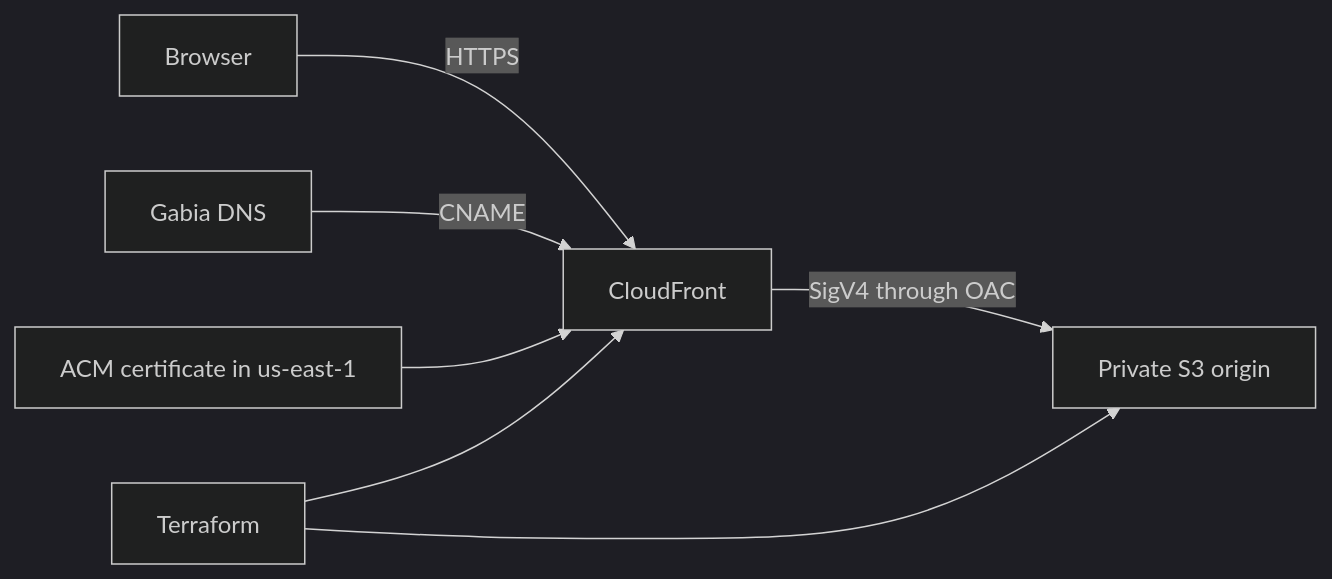
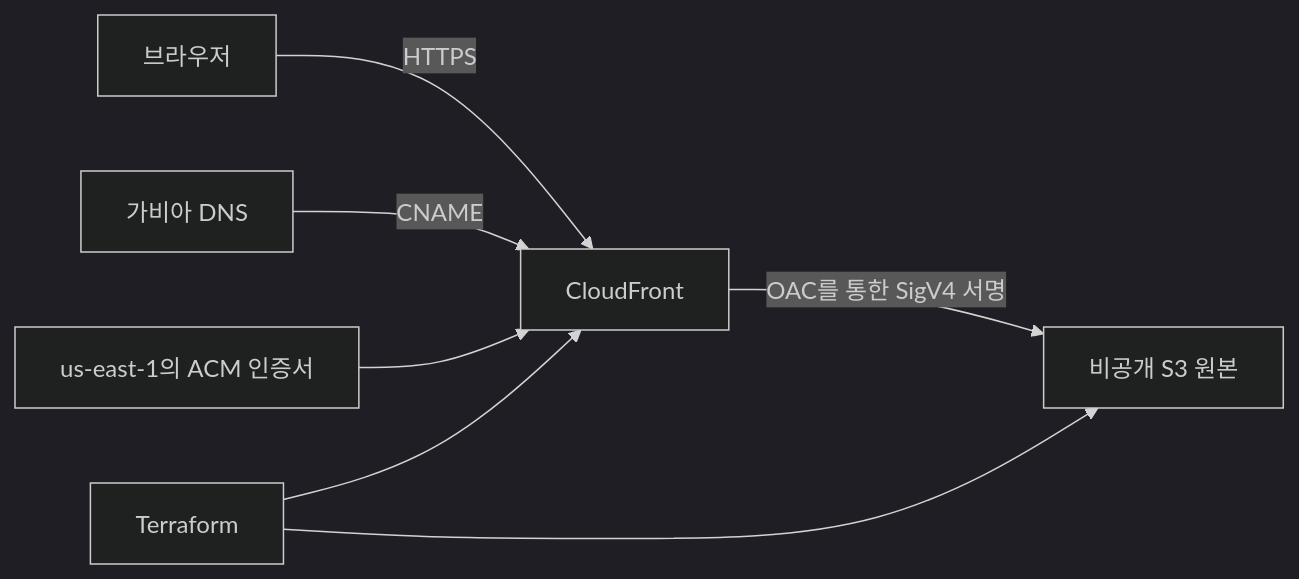
Before and after one commit to grapefruit0205/ai-agent-site-harness: the diagram in docs/architecture/deployment.md, drawn with Mermaid (dark theme). The commit also changed other lines of this file and 34 other files, not shown here.

````diff
--- a/docs/architecture/deployment.md
+++ b/docs/architecture/deployment.md
@@ -3,9 +3,9 @@
 ```mermaid
 flowchart LR
-    U[Browser] -->|HTTPS| C[CloudFront]
-    C -->|SigV4 through OAC| S[Private S3 origin]
-    G[Gabia DNS] -->|CNAME| C
-    A[ACM certificate in us-east-1] --> C
+    U[브라우저] -->|HTTPS| C[CloudFront]
+    C -->|OAC를 통한 SigV4 서명| S[비공개 S3 원본]
+    G[가비아 DNS] -->|CNAME| C
+    A[us-east-1의 ACM 인증서] --> C
     T[Terraform] --> C
     T --> S
 ```
````
